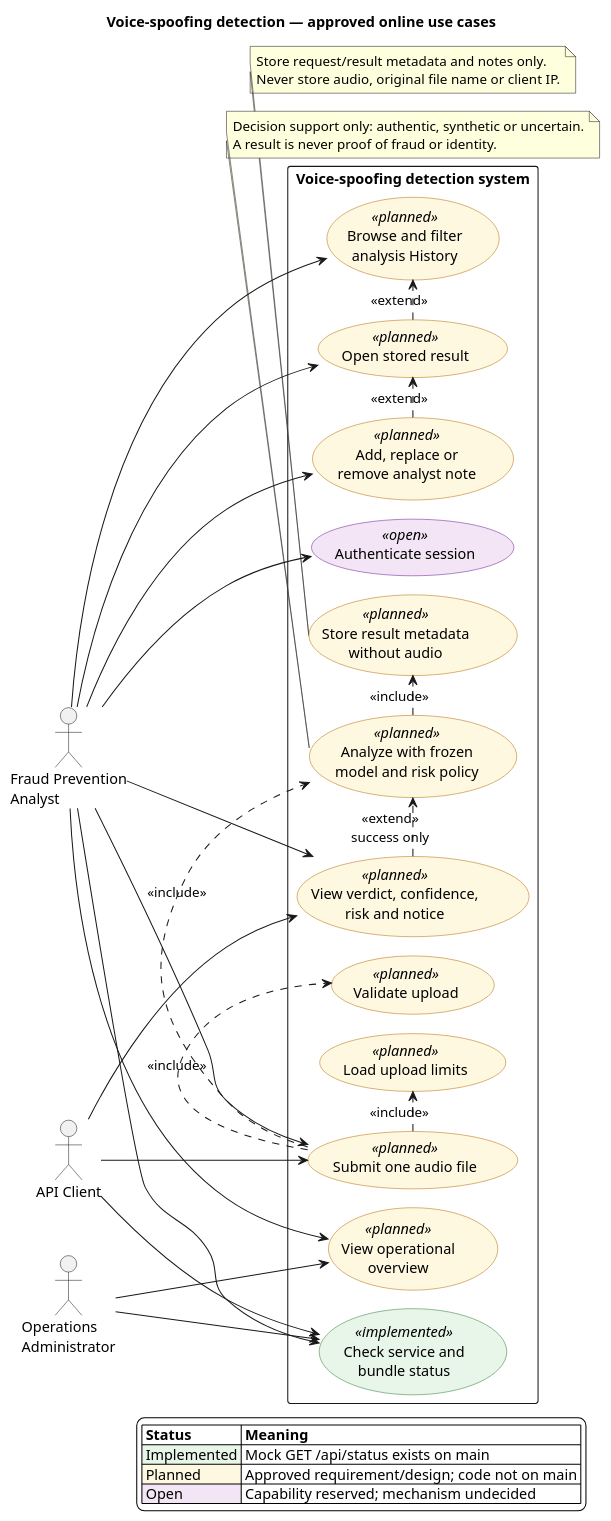
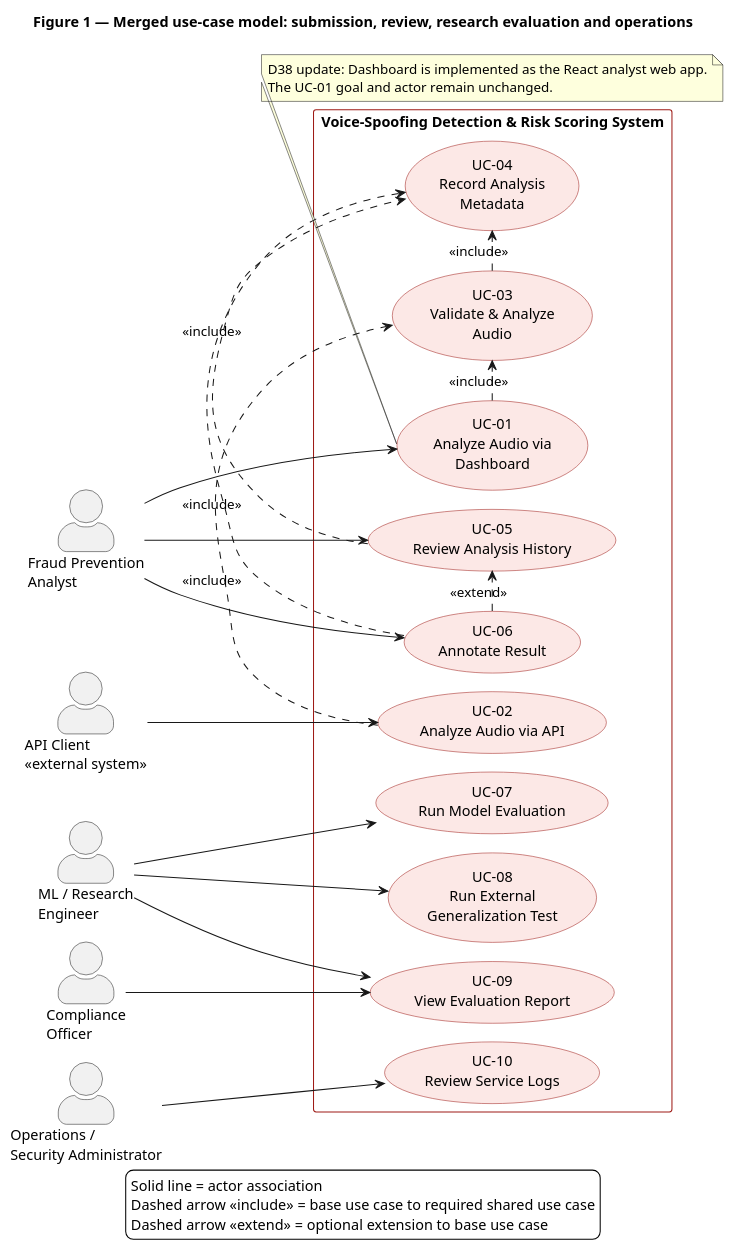
One commit to kahlanzzi/voice-spoofing-detection changed the diagram in docs/uml/use-case.puml. Above: the diagram before and after it, drawn with PlantUML. The commit also changed 25 other files, not shown here.

Commit message:
docs(midterm): align UML package with reference reports

```diff
--- a/docs/uml/use-case.puml
+++ b/docs/uml/use-case.puml
@@ -1,76 +1,63 @@
 @startuml
 !pragma layout smetana
-title Voice-spoofing detection — approved online use cases
+title Figure 1 — Merged use-case model: submission, review, research evaluation and operations
 left to right direction
 
 skinparam shadowing false
 skinparam backgroundColor white
+skinparam actorStyle awesome
 skinparam usecase {
-  BackgroundColor<<implemented>> #E8F5E9
-  BorderColor<<implemented>> #2E7D32
-  BackgroundColor<<planned>> #FFF8E1
-  BorderColor<<planned>> #B26A00
-  BackgroundColor<<open>> #F3E5F5
-  BorderColor<<open>> #6A1B9A
+  BackgroundColor #FCE8E6
+  BorderColor #9E1B16
+}
+skinparam rectangle {
+  BorderColor #9E1B16
 }
 
 actor "Fraud Prevention\nAnalyst" as Analyst
-actor "API Client" as Client
-actor "Operations\nAdministrator" as Ops
+actor "API Client\n<<external system>>" as ApiClient
+actor "ML / Research\nEngineer" as Engineer
+actor "Compliance\nOfficer" as Compliance
+actor "Operations /\nSecurity Administrator" as Operations
 
-rectangle "Voice-spoofing detection system" {
-  usecase "Check service and\nbundle status" as UCStatus <<implemented>>
-  usecase "Authenticate session" as UCAuth <<open>>
-  usecase "Load upload limits" as UCLimits <<planned>>
-  usecase "Submit one audio file" as UCSubmit <<planned>>
-  usecase "Validate upload" as UCValidate <<planned>>
-  usecase "Analyze with frozen\nmodel and risk policy" as UCAnalyze <<planned>>
-  usecase "View verdict, confidence,\nrisk and notice" as UCResult <<planned>>
-  usecase "Browse and filter\nanalysis History" as UCHistory <<planned>>
-  usecase "Open stored result" as UCDetails <<planned>>
-  usecase "Add, replace or\nremove analyst note" as UCNote <<planned>>
-  usecase "View operational\noverview" as UCStats <<planned>>
-  usecase "Store result metadata\nwithout audio" as UCStore <<planned>>
+rectangle "Voice-Spoofing Detection & Risk Scoring System" {
+  usecase "UC-01\nAnalyze Audio via\nDashboard" as UC01
+  usecase "UC-02\nAnalyze Audio via API" as UC02
+  usecase "UC-03\nValidate & Analyze\nAudio" as UC03
+  usecase "UC-04\nRecord Analysis\nMetadata" as UC04
+  usecase "UC-05\nReview Analysis History" as UC05
+  usecase "UC-06\nAnnotate Result" as UC06
+  usecase "UC-07\nRun Model Evaluation" as UC07
+  usecase "UC-08\nRun External\nGeneralization Test" as UC08
+  usecase "UC-09\nView Evaluation Report" as UC09
+  usecase "UC-10\nReview Service Logs" as UC10
 }
 
-Analyst --> UCAuth
-Analyst --> UCStatus
-Analyst --> UCSubmit
-Analyst --> UCResult
-Analyst --> UCHistory
-Analyst --> UCDetails
-Analyst --> UCNote
-Analyst --> UCStats
+Analyst --> UC01
+Analyst --> UC05
+Analyst --> UC06
+ApiClient --> UC02
+Engineer --> UC07
+Engineer --> UC08
+Engineer --> UC09
+Compliance --> UC09
+Operations --> UC10
 
-Client --> UCStatus
-Client --> UCSubmit
-Client --> UCResult
+UC01 .> UC03 : <<include>>
+UC02 .> UC03 : <<include>>
+UC03 .> UC04 : <<include>>
+UC05 .> UC04 : <<include>>
+UC06 .> UC04 : <<include>>
+UC06 .> UC05 : <<extend>>
 
-Ops --> UCStatus
-Ops --> UCStats
-
-UCSubmit .> UCLimits : <<include>>
-UCSubmit .> UCValidate : <<include>>
-UCSubmit .> UCAnalyze : <<include>>
-UCAnalyze .> UCStore : <<include>>
-UCResult .> UCAnalyze : <<extend>>\nsuccess only
-UCDetails .> UCHistory : <<extend>>
-UCNote .> UCDetails : <<extend>>
-
-legend right
-  |= Status |= Meaning |
-  |<#E8F5E9> Implemented | Mock GET /api/status exists on main |
-  |<#FFF8E1> Planned | Approved requirement/design; code not on main |
-  |<#F3E5F5> Open | Capability reserved; mechanism undecided |
+legend bottom
+  Solid line = actor association
+  Dashed arrow <<include>> = base use case to required shared use case
+  Dashed arrow <<extend>> = optional extension to base use case
 endlegend
 
-note bottom of UCStore
-  Store request/result metadata and notes only.
-  Never store audio, original file name or client IP.
-end note
-
-note bottom of UCAnalyze
-  Decision support only: authentic, synthetic or uncertain.
-  A result is never proof of fraud or identity.
+note bottom of UC01
+  D38 update: Dashboard is implemented as the React analyst web app.
+  The UC-01 goal and actor remain unchanged.
 end note
 @enduml
```
